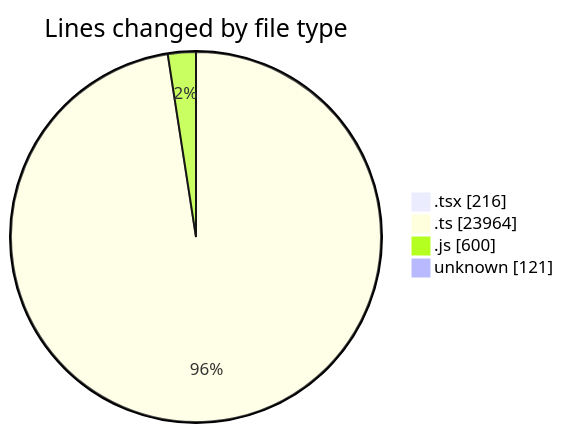
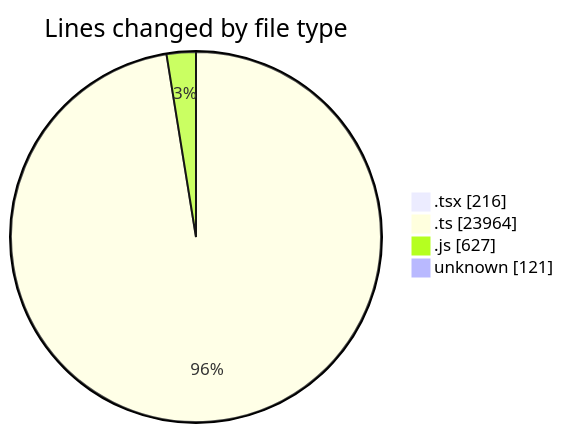
One commit to momahboobian/code-tracking changed the first of 2 diagrams in 2026-06-01/cda/README.md. Above: the diagram before and after it, drawn with Mermaid. The commit also changed other lines of this file and 1 other file, not shown here.

````diff
--- a/2026-06-01/cda/README.md
+++ b/2026-06-01/cda/README.md
@@ -44,8 +44,8 @@
 ```mermaid
 pie showData
 title Lines changed by file type
 ".tsx" : 216
 ".ts" : 23964
-".js" : 600
+".js" : 627
 "unknown" : 121
 ```
````
